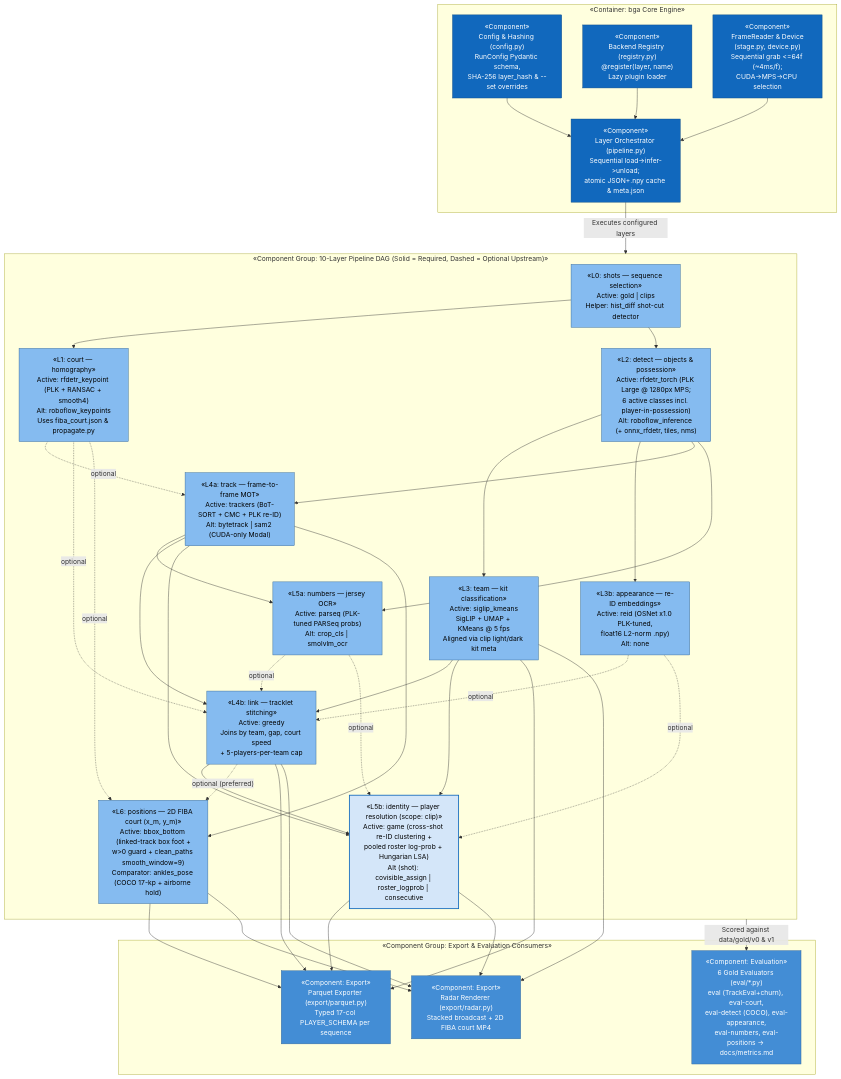
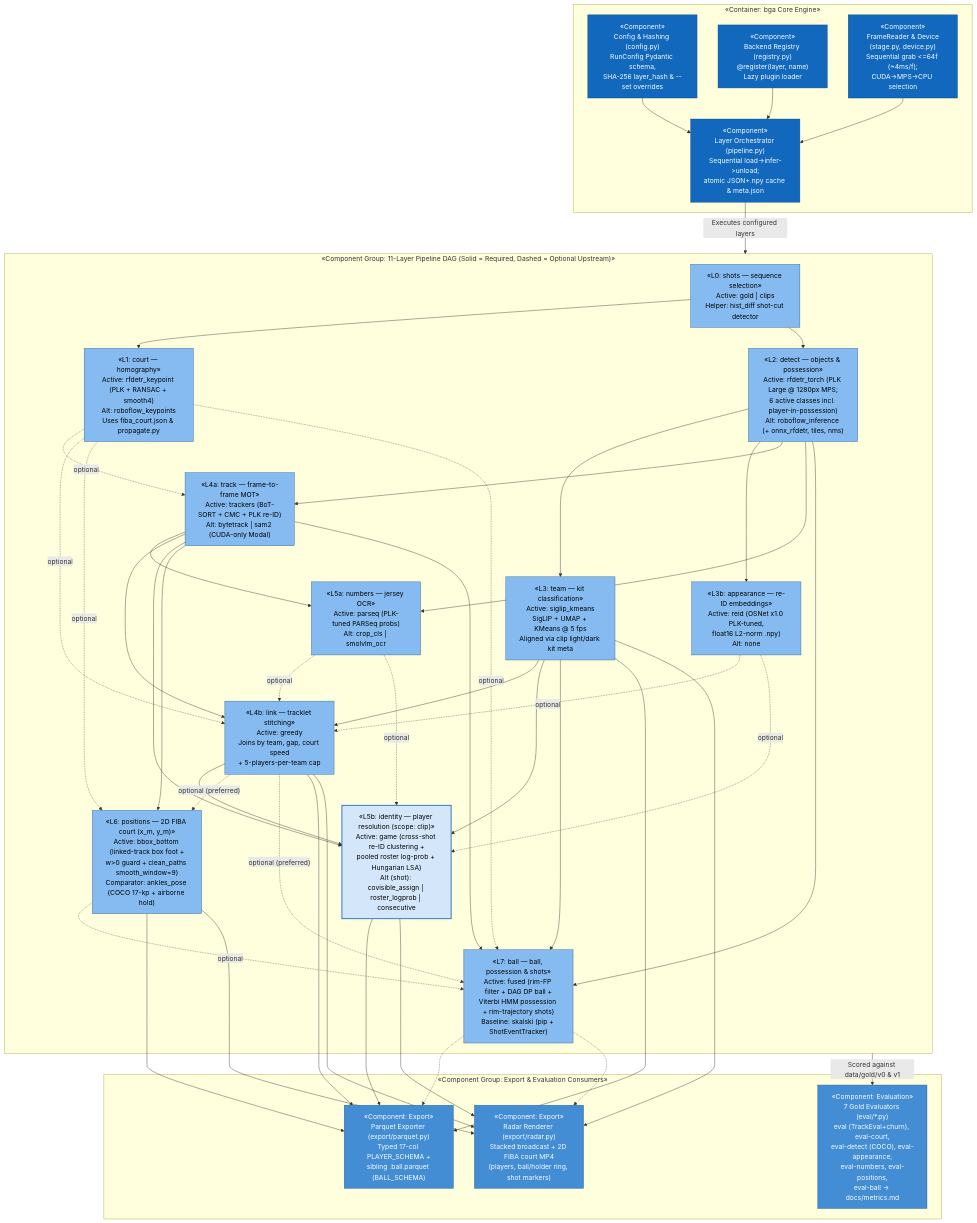
One commit to tko-ventures/basketball-game-analyzer changed the third of 6 diagrams in docs/architecture-c4-view.md. Above: the diagram before and after it, drawn with Mermaid. The commit also changed other lines of this file and 23 other files, not shown here.

First line of the commit message:
M9: Layer 7 ball tracking, possession, shot events, eval-ball, and exports (#41)

````diff
--- a/docs/architecture-c4-view.md
+++ b/docs/architecture-c4-view.md
@@ -148,7 +148,7 @@
         reader --> orch
     end
 
-    subgraph dag["«Component Group: 10-Layer Pipeline DAG (Solid = Required, Dashed = Optional Upstream)»"]
+    subgraph dag["«Component Group: 11-Layer Pipeline DAG (Solid = Required, Dashed = Optional Upstream)»"]
         L0["«L0: shots — sequence selection»\nActive: gold | clips\nHelper: hist_diff shot-cut detector"]:::layer
 
         L1["«L1: court — homography»\nActive: rfdetr_keypoint (PLK + RANSAC + smooth4)\nAlt: roboflow_keypoints\nUses fiba_court.json & propagate.py"]:::layer
@@ -168,6 +168,8 @@
         L5b["«L5b: identity — player resolution (scope: clip)»\nActive: game (cross-shot re-ID clustering +\npooled roster log-prob + Hungarian LSA)\nAlt (shot): covisible_assign | roster_logprob | consecutive"]:::clipLayer
 
         L6["«L6: positions — 2D FIBA court (x_m, y_m)»\nActive: bbox_bottom (linked-track box foot +\nw>0 guard + clean_paths smooth_window=9)\nComparator: ankles_pose (COCO 17-kp + airborne hold)"]:::layer
+
+        L7["«L7: ball — ball, possession & shots»\nActive: fused (rim-FP filter + DAG DP ball +\nViterbi HMM possession + rim-trajectory shots)\nBaseline: skalski (pip + ShotEventTracker)"]:::layer
 
         L0 --> L1
         L0 --> L2
@@ -190,12 +192,18 @@
         L4a --> L6
         L4b -.->|"optional (preferred)"| L6
         L1 -.->|"optional"| L6
+        L2 --> L7
+        L4a --> L7
+        L3 --> L7
+        L4b -.->|"optional (preferred)"| L7
+        L1 -.->|"optional"| L7
+        L6 -.->|"optional"| L7
     end
 
     subgraph consumers["«Component Group: Export & Evaluation Consumers»"]
-        exp_pq["«Component: Export»\nParquet Exporter (export/parquet.py)\nTyped 17-col PLAYER_SCHEMA per sequence"]:::output
-        exp_rad["«Component: Export»\nRadar Renderer (export/radar.py)\nStacked broadcast + 2D FIBA court MP4"]:::output
-        eval_mod["«Component: Evaluation»\n6 Gold Evaluators (eval/*.py)\neval (TrackEval+churn), eval-court,\neval-detect (COCO), eval-appearance,\neval-numbers, eval-positions -> docs/metrics.md"]:::output
+        exp_pq["«Component: Export»\nParquet Exporter (export/parquet.py)\nTyped 17-col PLAYER_SCHEMA +\nsibling .ball.parquet (BALL_SCHEMA)"]:::output
+        exp_rad["«Component: Export»\nRadar Renderer (export/radar.py)\nStacked broadcast + 2D FIBA court MP4\n(players, ball/holder ring, shot markers)"]:::output
+        eval_mod["«Component: Evaluation»\n7 Gold Evaluators (eval/*.py)\neval (TrackEval+churn), eval-court,\neval-detect (COCO), eval-appearance,\neval-numbers, eval-positions,\neval-ball -> docs/metrics.md"]:::output
     end
 
     orch -->|"Executes configured layers"| dag
@@ -203,9 +211,11 @@
     L3 --> exp_pq
     L5b --> exp_pq
     L6 --> exp_pq
+    L7 -.-> exp_pq
     L4b --> exp_rad
     L3 --> exp_rad
     L5b --> exp_rad
     L6 --> exp_rad
+    L7 -.-> exp_rad
     dag -->|"Scored against data/gold/v0 & v1"| eval_mod
 ```
````
